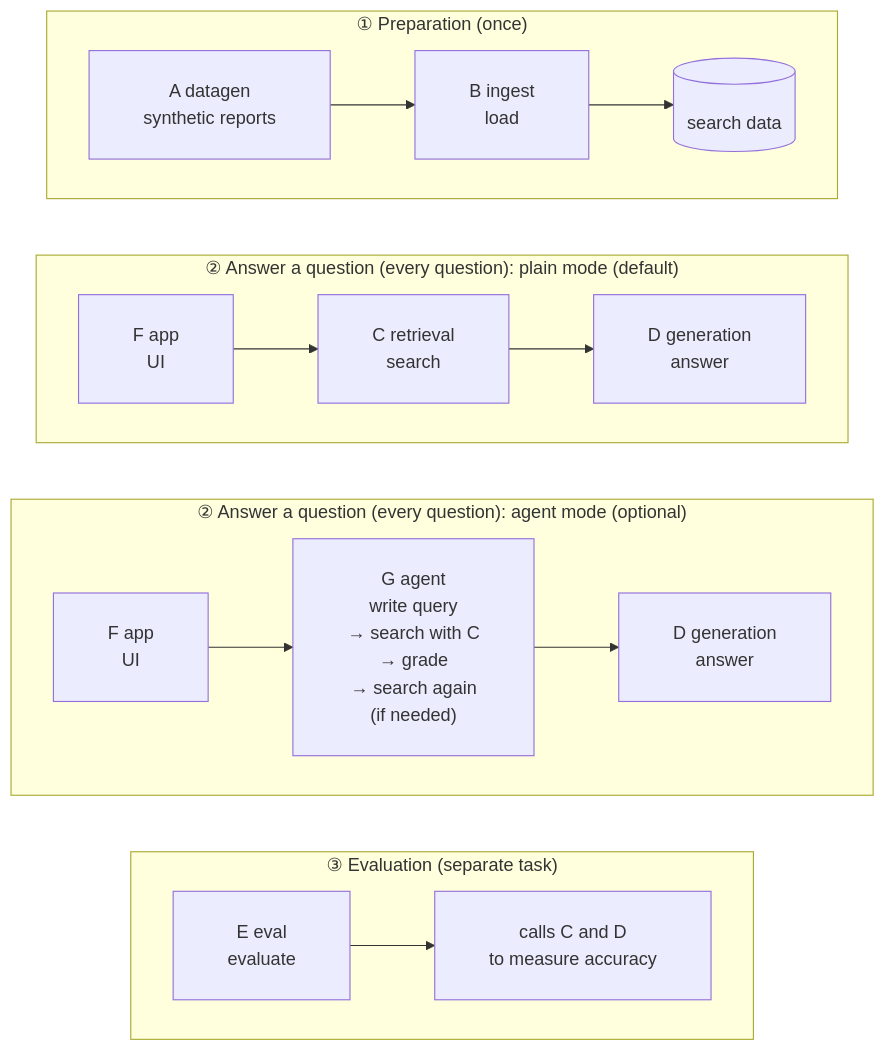
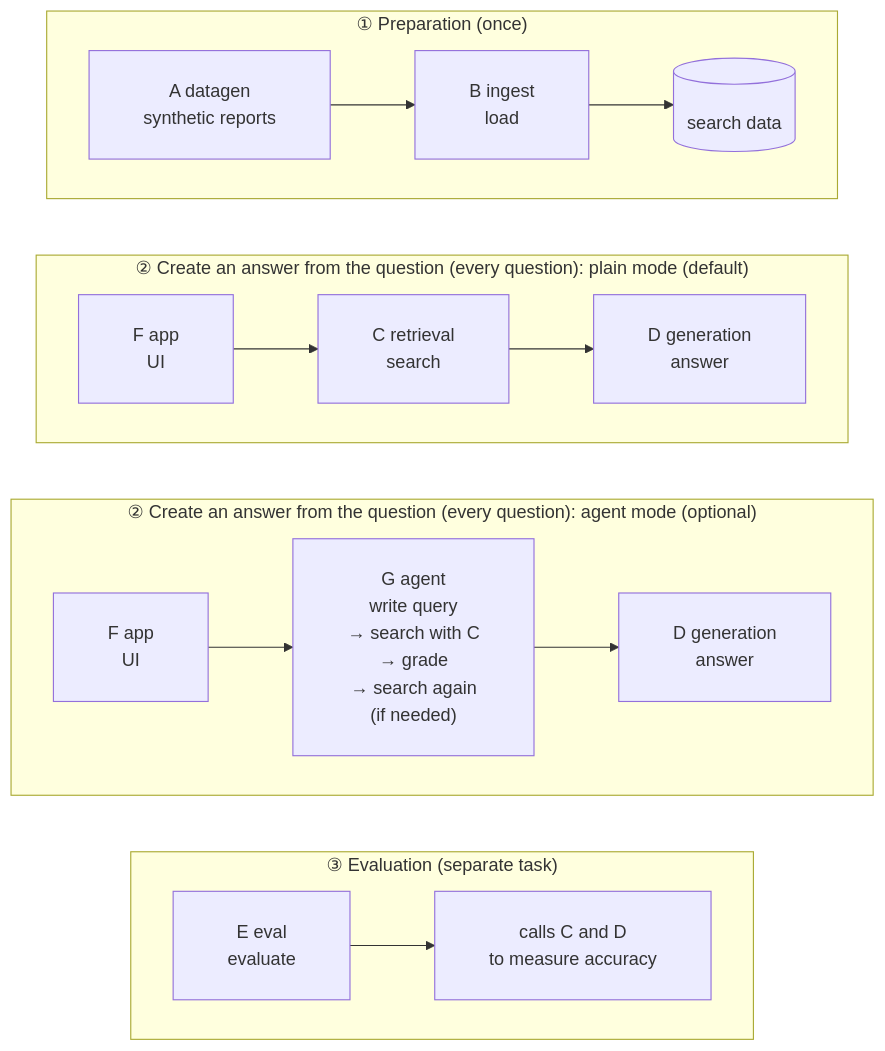
The first of 3 diagrams in README_en.md (satoshi-abe-dev/silo-rag), drawn with Mermaid before and after one commit. The commit also changed other lines of this file and 1 other file, not shown here.

Commit message:
Call part 2 'create an answer from the question'

````diff
--- a/README_en.md
+++ b/README_en.md
@@ -125,23 +125,23 @@
 ```mermaid
 %%{init: {"flowchart": {"padding": 24, "wrappingWidth": 400}}}%%
 graph TB
     subgraph prep["① Preparation (once)"]
         direction LR
         A["A datagen<br/>synthetic reports"] --> B["B ingest<br/>load"] --> DB[("search data")]
     end
-    subgraph plain["② Answer a question (every question): plain mode (default)"]
+    subgraph plain["② Create an answer from the question (every question): plain mode (default)"]
         direction LR
         F1["F app<br/>UI"] --> C1["C retrieval<br/>search"] --> D1["D generation<br/>answer"]
     end
-    subgraph agent["② Answer a question (every question): agent mode (optional)"]
+    subgraph agent["② Create an answer from the question (every question): agent mode (optional)"]
         direction LR
         F2["F app<br/>UI"] --> G["G agent<br/>write query<br/>→ search with C<br/>→ grade<br/>→ search again<br/>(if needed)"] --> D2["D generation<br/>answer"]
     end
     subgraph ev["③ Evaluation (separate task)"]
         direction LR
         E["E eval<br/>evaluate"] --> CD["calls C and D<br/>to measure accuracy"]
     end
     prep ~~~ plain
     plain ~~~ agent
     agent ~~~ ev
 ```
````
